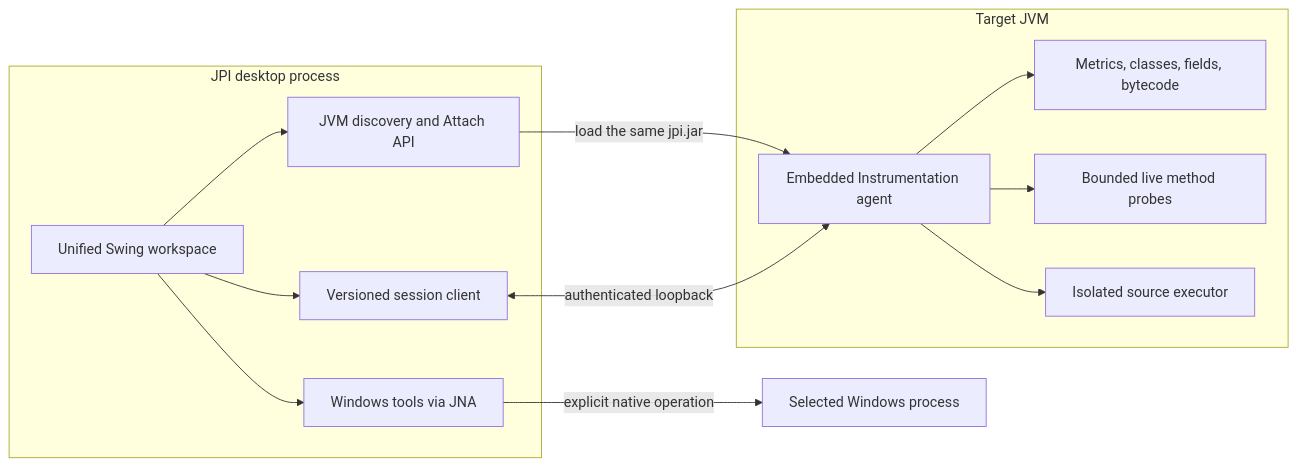
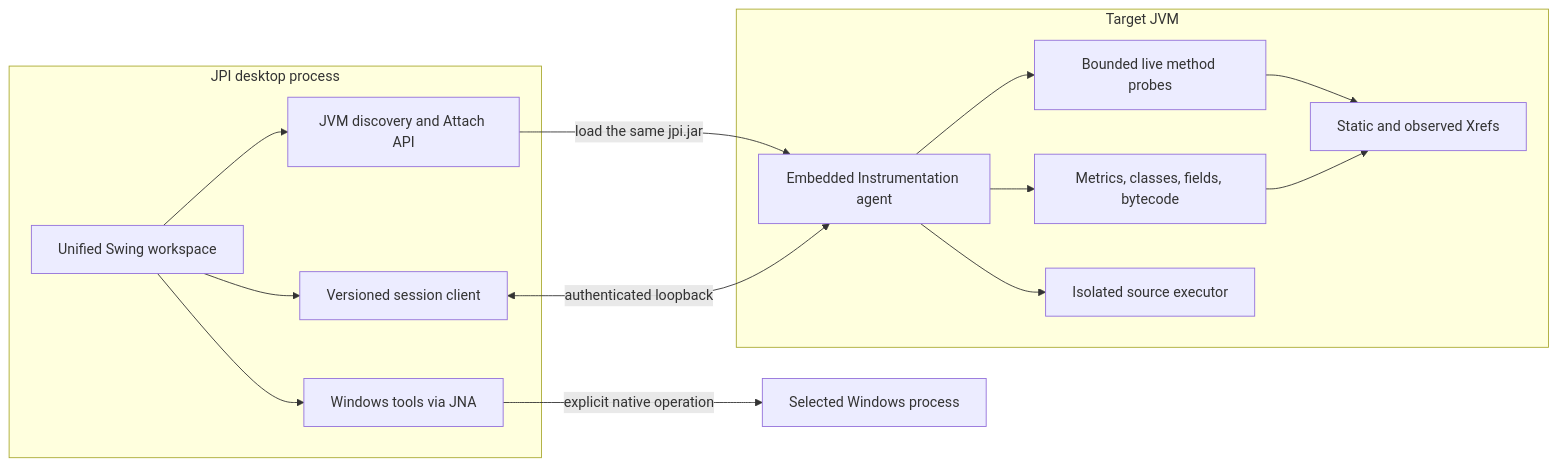
One commit to 0WhiteDev/Java-Process-Inspector changed the diagram in README.md. Above: the diagram before and after it, drawn with Mermaid. The commit also changed other lines of this file and 14 other files, not shown here.

Commit message:
feat: add static Xrefs and dynamic call graph analysis

````diff
--- a/README.md
+++ b/README.md
@@ -218,24 +237,27 @@
 ```mermaid
 flowchart LR
   subgraph controller [JPI desktop process]
     GUI[Unified Swing workspace]
     ATTACH[JVM discovery and Attach API]
     CLIENT[Versioned session client]
     WIN[Windows tools via JNA]
   end
   subgraph target [Target JVM]
     AGENT[Embedded Instrumentation agent]
     INSPECT[Metrics, classes, fields, bytecode]
     TRACE[Bounded live method probes]
+    XREF[Static and observed Xrefs]
     EXEC[Isolated source executor]
   end
   GUI --> ATTACH
   ATTACH -->|load the same jpi.jar| AGENT
   GUI --> CLIENT
   CLIENT <-->|authenticated loopback| AGENT
   AGENT --> INSPECT
   AGENT --> TRACE
+  TRACE --> XREF
+  INSPECT --> XREF
   AGENT --> EXEC
   GUI --> WIN
   WIN -->|explicit native operation| OS[Selected Windows process]
 ```
````
